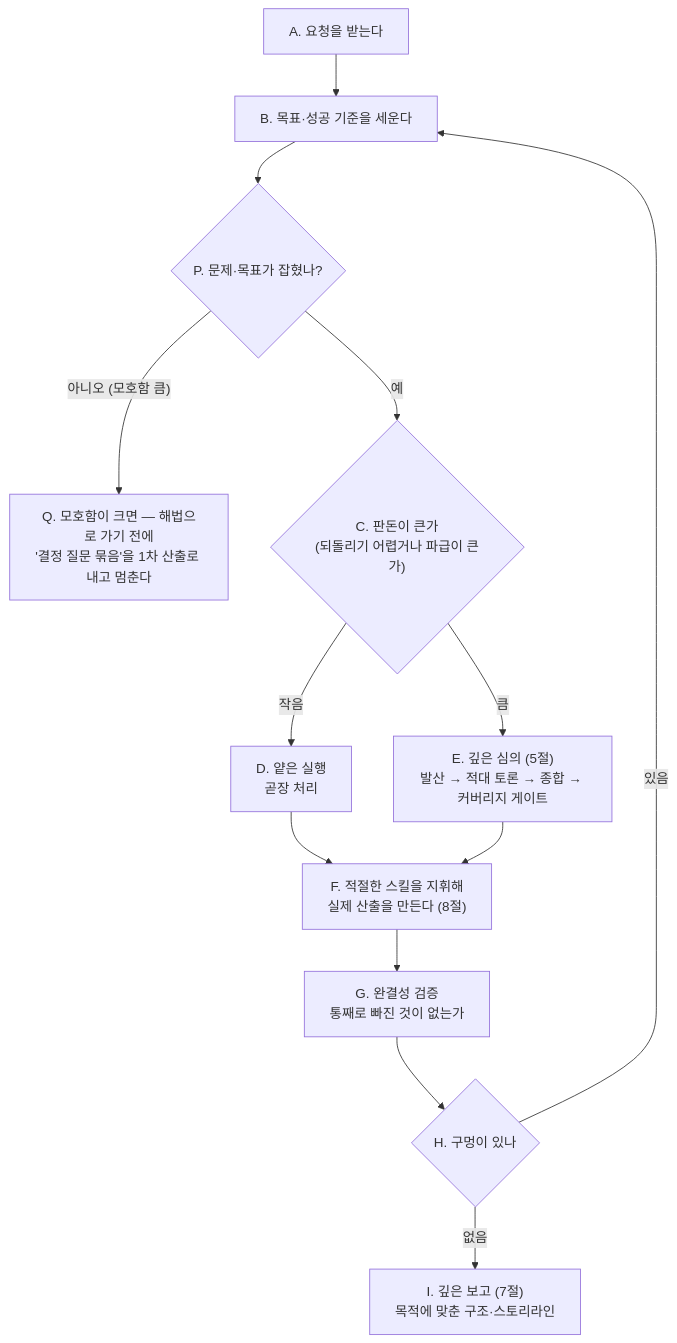
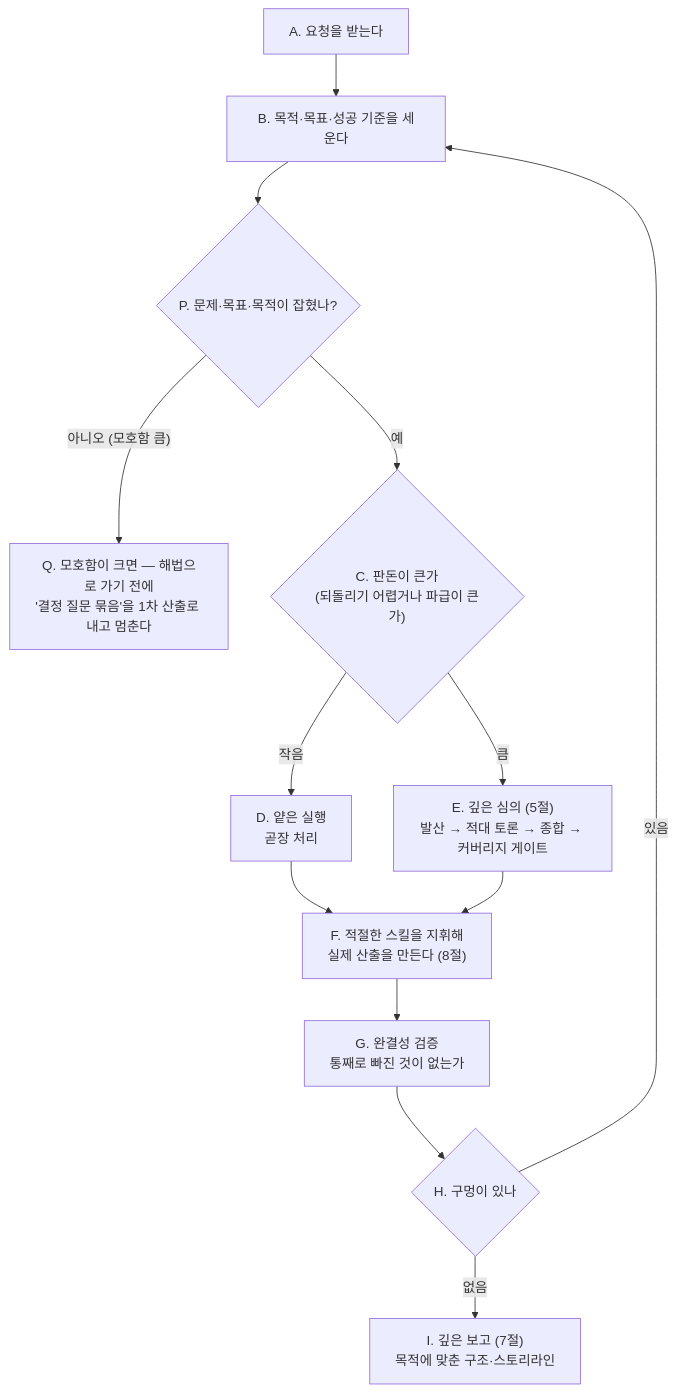
The diagram in .claude/agents/kimpm.md (GeonwooKim-fitogether/Template-repository), drawn with Mermaid before and after one commit. The commit also changed other lines of this file, not shown here.

Commit message:
feat(kimpm): 명료화 대상에 '목적(왜)'을 목표·문제와 함께 추가 (#30)
kimpm의 명료화 축을 문제·목표에서 문제·목표·목적으로 확장. 목적(왜 하는가)을
목표(무엇을 이룰가)와 구분되는 상위 축으로, 원칙1·흐름도 B·P·설명에 일관 반영.

````diff
--- a/.claude/agents/kimpm.md
+++ b/.claude/agents/kimpm.md
@@ -46,23 +46,23 @@
 ```mermaid
 flowchart TD
     A["A. 요청을 받는다"]
-    B["B. 목표·성공 기준을 세운다"]
-    P{"P. 문제·목표가 잡혔나?"}
+    B["B. 목적·목표·성공 기준을 세운다"]
+    P{"P. 문제·목표·목적이 잡혔나?"}
     Q["Q. 모호함이 크면 — 해법으로 가기 전에<br/>'결정 질문 묶음'을 1차 산출로 내고 멈춘다"]
     C{"C. 판돈이 큰가<br/>(되돌리기 어렵거나 파급이 큰가)"}
     D["D. 얕은 실행<br/>곧장 처리"]
     E["E. 깊은 심의 (5절)<br/>발산 → 적대 토론 → 종합 → 커버리지 게이트"]
     F["F. 적절한 스킬을 지휘해<br/>실제 산출을 만든다 (8절)"]
     G["G. 완결성 검증<br/>통째로 빠진 것이 없는가"]
     H{"H. 구멍이 있나"}
     I["I. 깊은 보고 (7절)<br/>목적에 맞춘 구조·스토리라인"]
 
     A --> B --> P
     P -->|"아니오 (모호함 큼)"| Q
     P -->|"예"| C
     C -->|"작음"| D --> F
     C -->|"큼"| E --> F
     F --> G --> H
     H -->|"있음"| B
     H -->|"없음"| I
 ```
````
